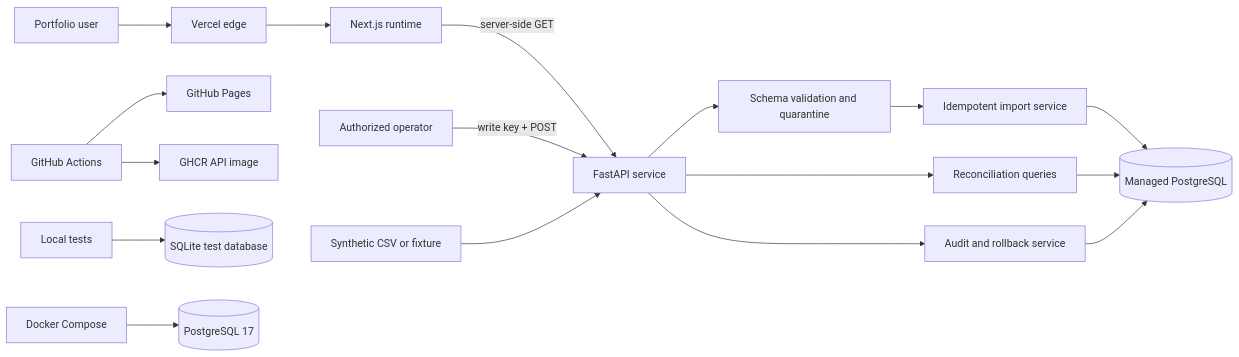
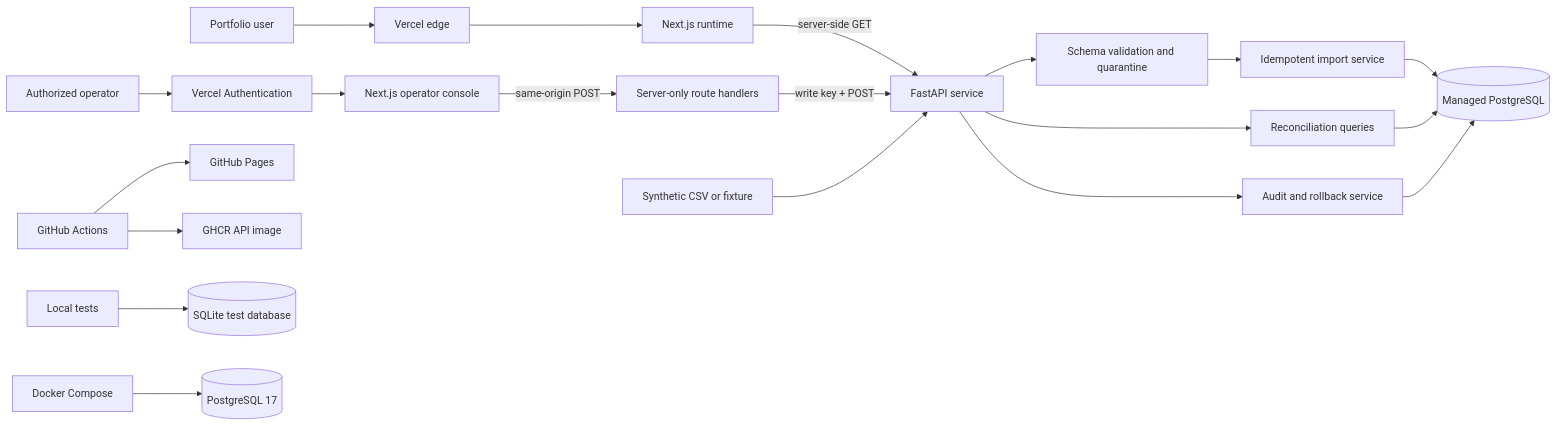
The first of 3 diagrams in docs/DEFENSE_PREPARATION.md (abdul-rahman96/ledgerflow), drawn with Mermaid before and after one commit. The commit also changed other lines of this file and 27 other files, not shown here.

````diff
--- a/docs/DEFENSE_PREPARATION.md
+++ b/docs/DEFENSE_PREPARATION.md
@@ -51,19 +52,22 @@
 ```mermaid
 flowchart LR
     User[Portfolio user] --> Edge[Vercel edge]
     Edge --> UI[Next.js runtime]
     UI -->|server-side GET| API[FastAPI service]
-    Operator[Authorized operator] -->|write key + POST| API
+    Operator[Authorized operator] --> Auth[Vercel Authentication]
+    Auth --> OperatorUI[Next.js operator console]
+    OperatorUI -->|same-origin POST| Proxy[Server-only route handlers]
+    Proxy -->|write key + POST| API
     CSV[Synthetic CSV or fixture] --> API
     API --> Validate[Schema validation and quarantine]
     Validate --> Import[Idempotent import service]
     Import --> DB[(Managed PostgreSQL)]
     API --> Reconcile[Reconciliation queries]
     API --> Audit[Audit and rollback service]
     Reconcile --> DB
     Audit --> DB
     GH[GitHub Actions] --> Pages[GitHub Pages]
     GH --> Registry[GHCR API image]
     Tests[Local tests] --> SQLite[(SQLite test database)]
     Compose[Docker Compose] --> LocalPG[(PostgreSQL 17)]
 ```
````
